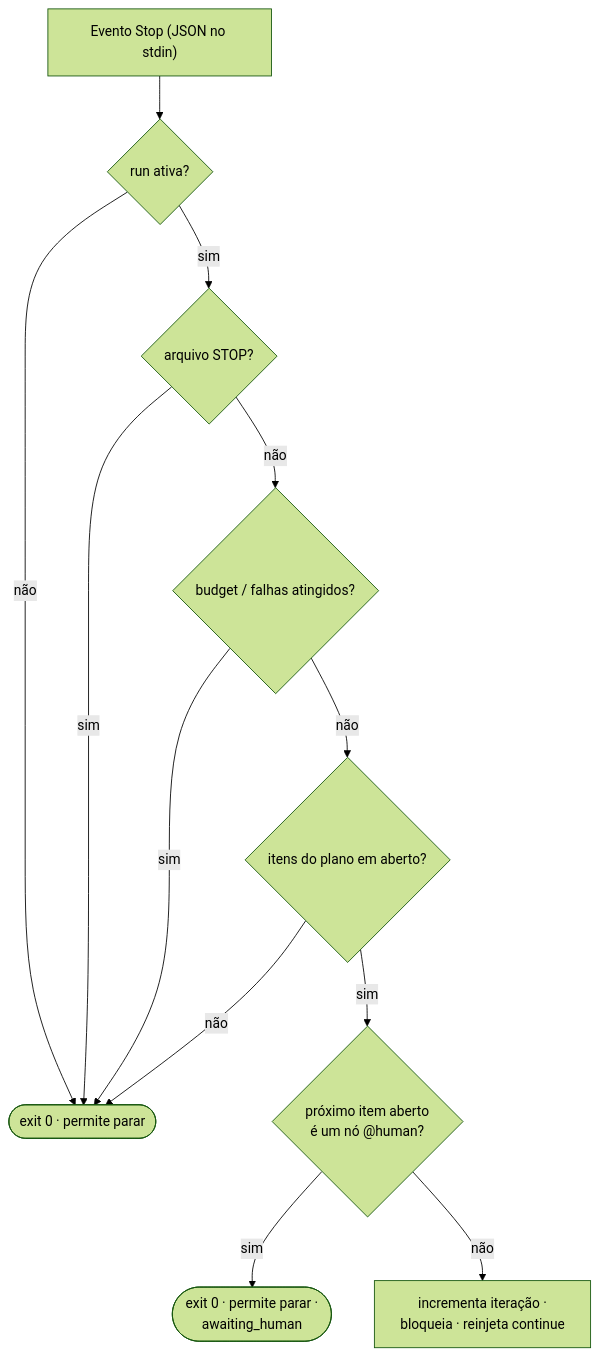
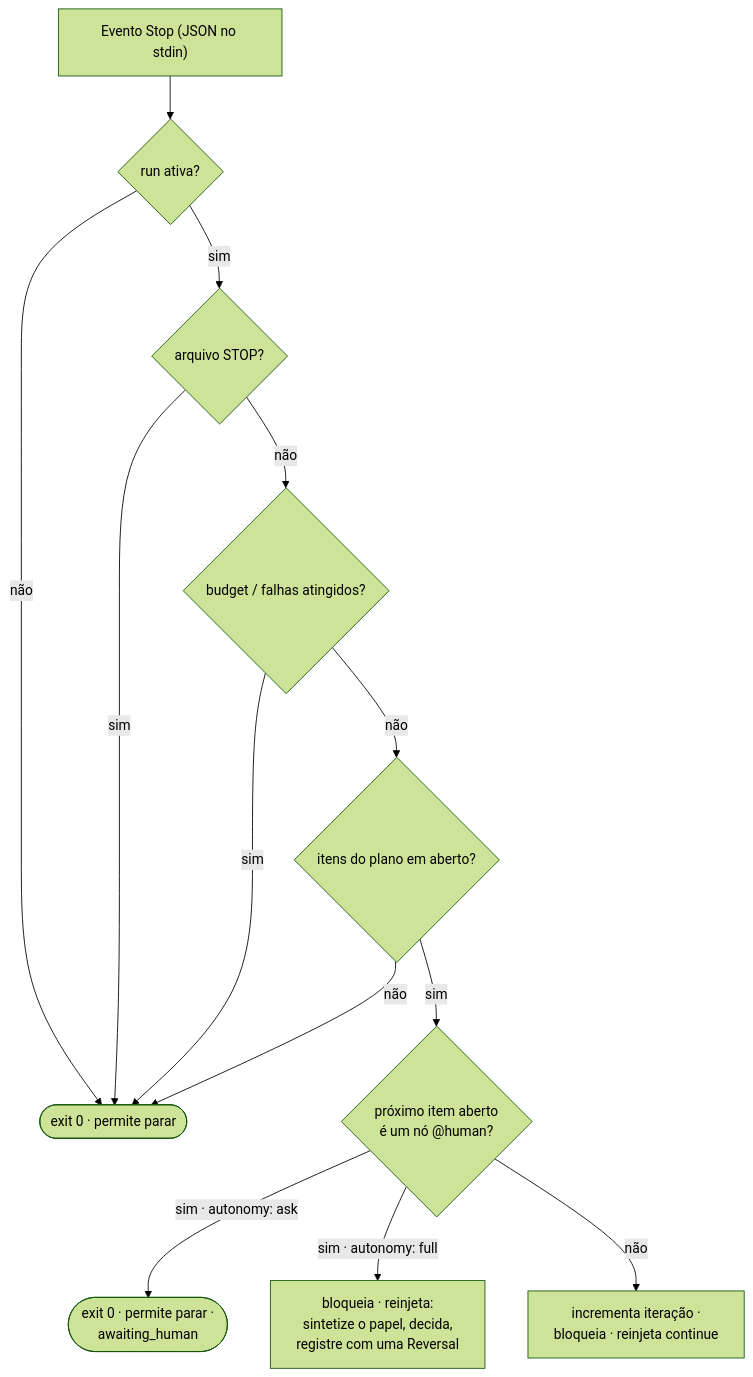
Before and after one commit to Jonhvmp/leopold: the first of 2 diagrams in docs/reference/hooks.pt-BR.md, drawn with Mermaid (forest theme). The commit also changed other lines of this file and 70 other files, not shown here.

````diff
--- a/docs/reference/hooks.pt-BR.md
+++ b/docs/reference/hooks.pt-BR.md
@@ -22,14 +22,15 @@
 ```mermaid
 flowchart TD
     In["Evento Stop (JSON no stdin)"] --> Active{run ativa?}
     Active -- não --> Allow([exit 0 · permite parar])
     Active -- sim --> Kill{arquivo STOP?}
     Kill -- sim --> Allow
     Kill -- não --> Budget{budget / falhas atingidos?}
     Budget -- sim --> Allow
     Budget -- não --> Plan{itens do plano em aberto?}
     Plan -- não --> Allow
     Plan -- sim --> Human{"próximo item aberto<br/>é um nó @human?"}
-    Human -- sim --> Ask(["exit 0 · permite parar ·<br/>awaiting_human"])
+    Human -- "sim · autonomy: ask" --> Ask(["exit 0 · permite parar ·<br/>awaiting_human"])
+    Human -- "sim · autonomy: full" --> Persona["bloqueia · reinjeta:<br/>sintetize o papel, decida,<br/>registre com uma Reversal"]
     Human -- não --> Block["incrementa iteração ·<br/>bloqueia · reinjeta continue"]
 ```
````
